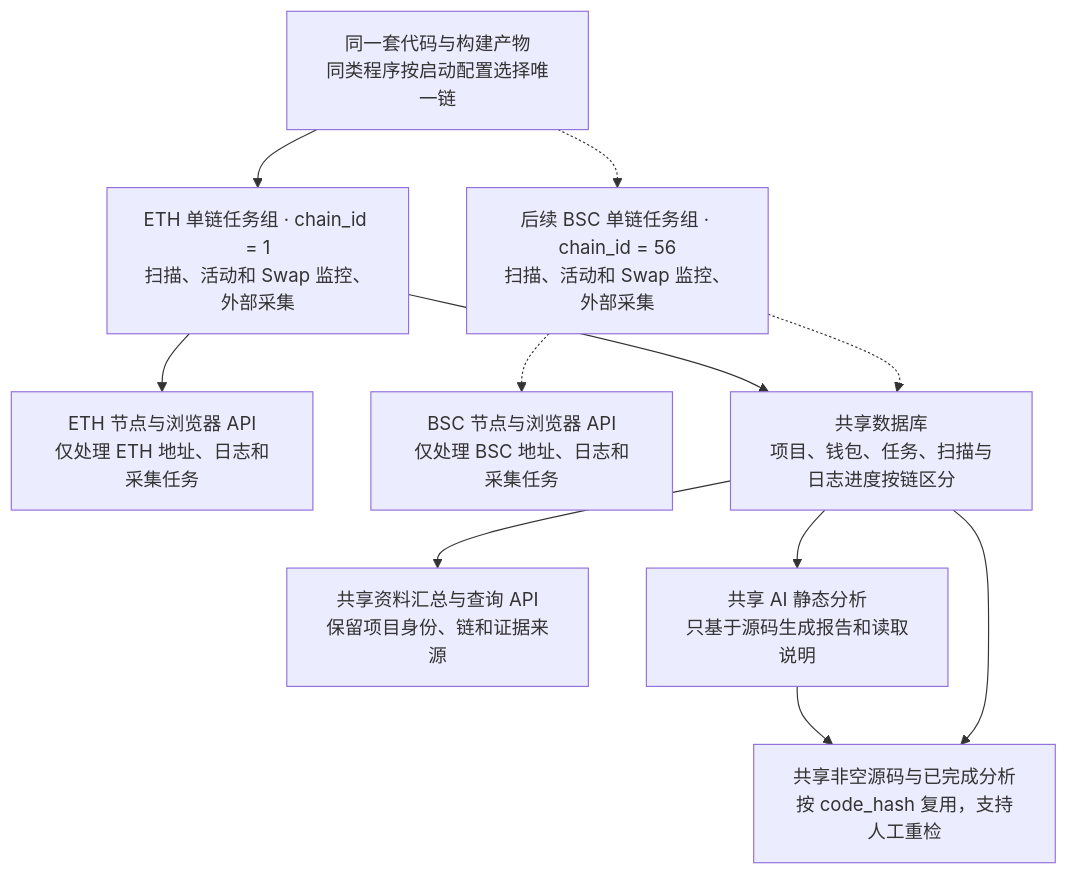
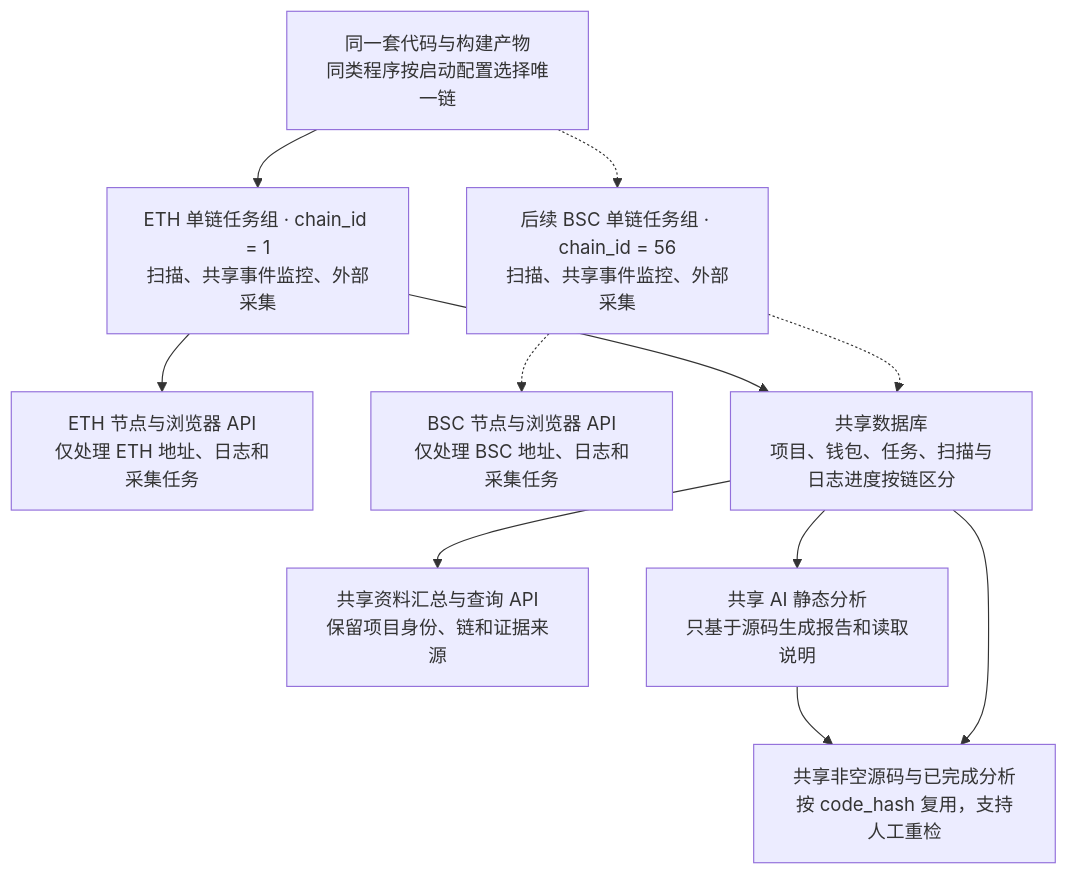
The diagram in docs/requirements/token/token-chain-runtime.md (useryege/athena-o), drawn with Mermaid before and after one commit. The commit also changed other lines of this file and 14 other files, not shown here.

````diff
--- a/docs/requirements/token/token-chain-runtime.md
+++ b/docs/requirements/token/token-chain-runtime.md
@@ -21,13 +21,13 @@
 ```mermaid
 flowchart TD
-    code["同一套代码与构建产物<br/>同类程序按启动配置选择唯一链"] --> eth["ETH 单链任务组 · chain_id = 1<br/>扫描、活动和 Swap 监控、外部采集"]
-    code -.-> bsc["后续 BSC 单链任务组 · chain_id = 56<br/>扫描、活动和 Swap 监控、外部采集"]
+    code["同一套代码与构建产物<br/>同类程序按启动配置选择唯一链"] --> eth["ETH 单链任务组 · chain_id = 1<br/>扫描、共享事件监控、外部采集"]
+    code -.-> bsc["后续 BSC 单链任务组 · chain_id = 56<br/>扫描、共享事件监控、外部采集"]
     eth --> ethData["ETH 节点与浏览器 API<br/>仅处理 ETH 地址、日志和采集任务"]
     bsc -.-> bscData["BSC 节点与浏览器 API<br/>仅处理 BSC 地址、日志和采集任务"]
     eth --> db["共享数据库<br/>项目、钱包、任务、扫描与日志进度按链区分"]
     bsc -.-> db
     db --> aggregate["共享资料汇总与查询 API<br/>保留项目身份、链和证据来源"]
     db --> ai["共享 AI 静态分析<br/>只基于源码生成报告和读取说明"]
     ai --> cache["共享非空源码与已完成分析<br/>按 code_hash 复用，支持人工重检"]
     db --> cache
 ```
````
